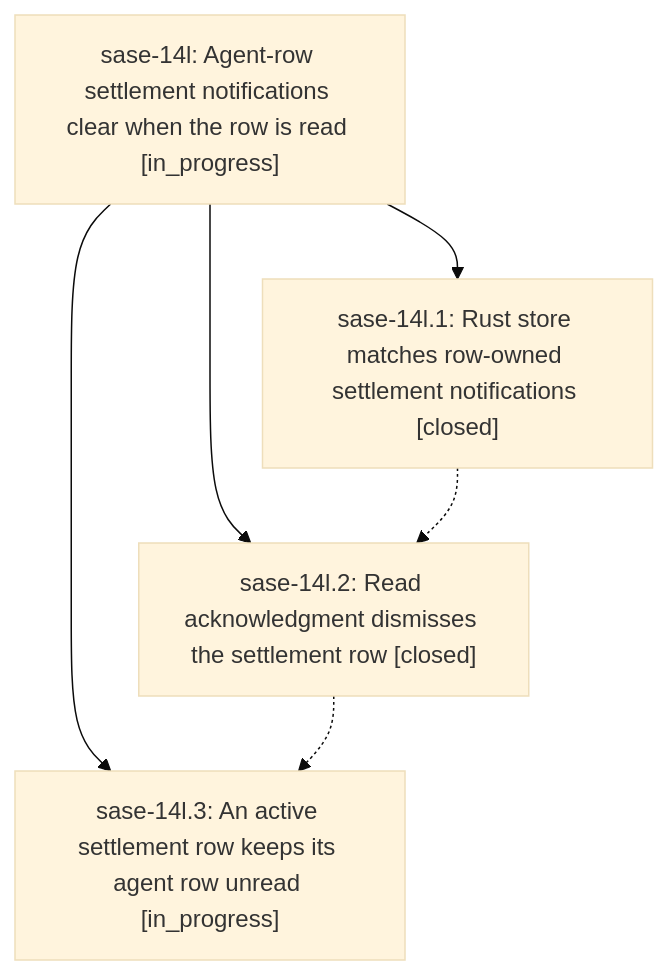
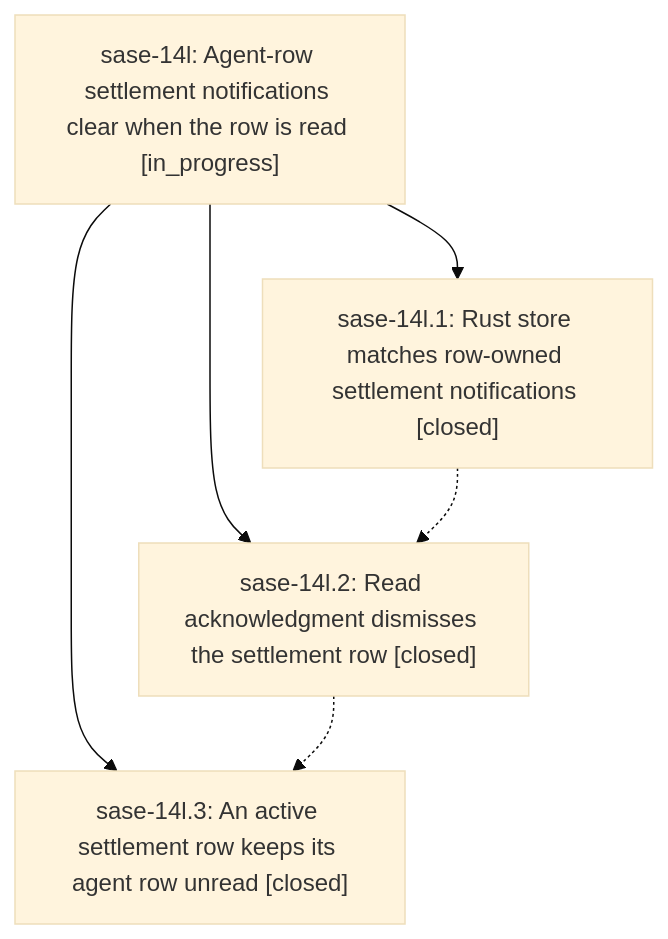
The diagram in pages/sase-14l/README.md (sase-org/sase--beads), drawn with Mermaid (base theme) before and after one commit. The commit also changed other lines of this file and 2 other files, not shown here.

First line of the commit message:
chore(beads): sync bead state and pages for sase-14l

````diff
--- a/pages/sase-14l/README.md
+++ b/pages/sase-14l/README.md
@@ -36,12 +36,12 @@
 ```mermaid
 flowchart TD
     n0["sase-14l: Agent-row settlement notifications clear when the row is read [in_progress]"]
     n1["sase-14l.1: Rust store matches row-owned settlement notifications [closed]"]
     n2["sase-14l.2: Read acknowledgment dismisses the settlement row [closed]"]
-    n3["sase-14l.3: An active settlement row keeps its agent row unread [in_progress]"]
+    n3["sase-14l.3: An active settlement row keeps its agent row unread [closed]"]
     n0 --> n1
     n0 --> n2
     n0 --> n3
     n1 -.-> n2
     n2 -.-> n3
 ```
````
